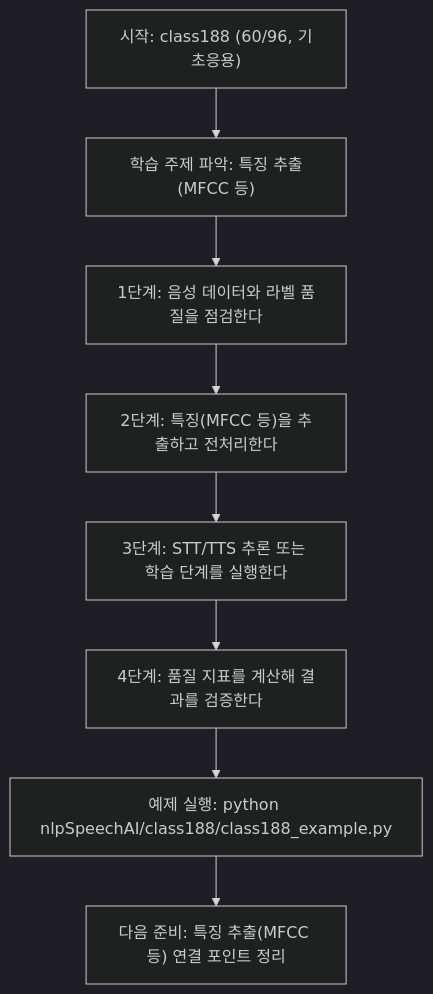
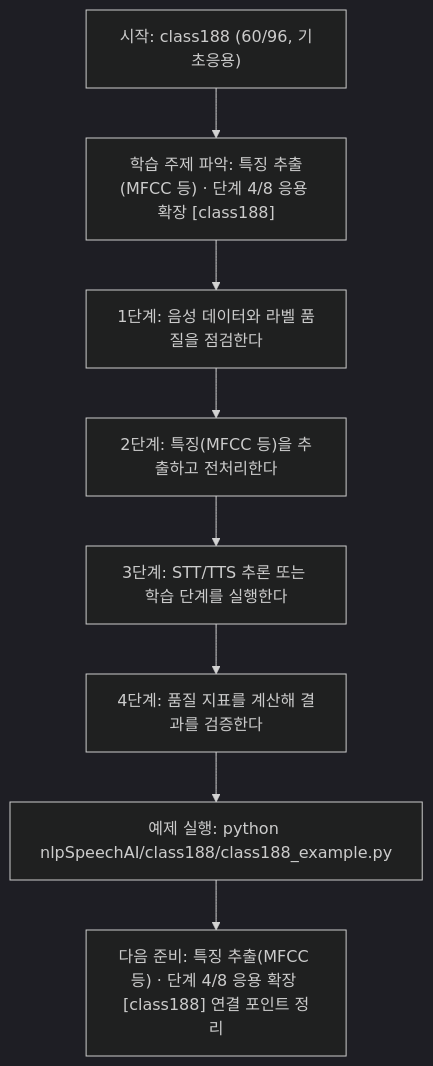
The diagram in nlpSpeechAI/class188/class188.md (edumgt/Python-AI_Agent-Class), drawn with Mermaid (dark theme) before and after one commit. The commit also changed other lines of this file and 522 other files, not shown here.

````diff
--- a/nlpSpeechAI/class188/class188.md
+++ b/nlpSpeechAI/class188/class188.md
@@ -113,18 +114,18 @@
 ```mermaid
 flowchart TD
 N1["시작: class188 (60/96, 기초응용)"]
-N2["학습 주제 파악: 특징 추출(MFCC 등)"]
+N2["학습 주제 파악: 특징 추출(MFCC 등) · 단계 4/8 응용 확장 [class188]"]
 N3["1단계: 음성 데이터와 라벨 품질을 점검한다"]
 N4["2단계: 특징(MFCC 등)을 추출하고 전처리한다"]
 N5["3단계: STT/TTS 추론 또는 학습 단계를 실행한다"]
 N6["4단계: 품질 지표를 계산해 결과를 검증한다"]
 N7["예제 실행: python nlpSpeechAI/class188/class188_example.py"]
-N8["다음 준비: 특징 추출(MFCC 등) 연결 포인트 정리"]
+N8["다음 준비: 특징 추출(MFCC 등) · 단계 4/8 응용 확장 [class188] 연결 포인트 정리"]
 N1 --> N2
 N2 --> N3
 N3 --> N4
 N4 --> N5
 N5 --> N6
 N6 --> N7
 N7 --> N8
 ```
````
